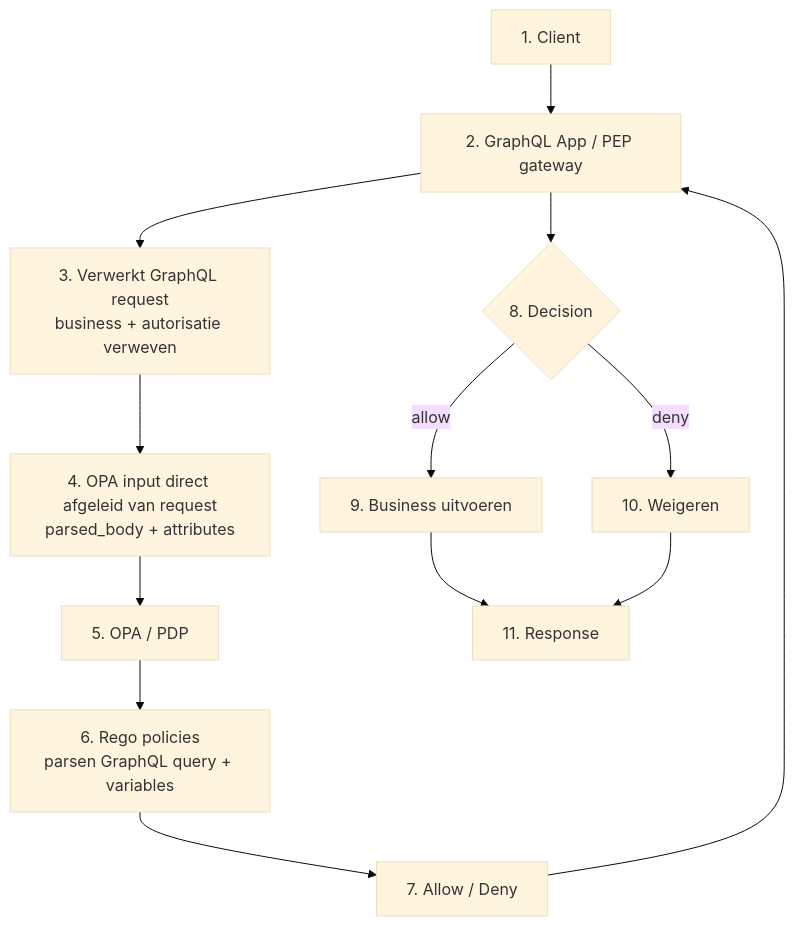
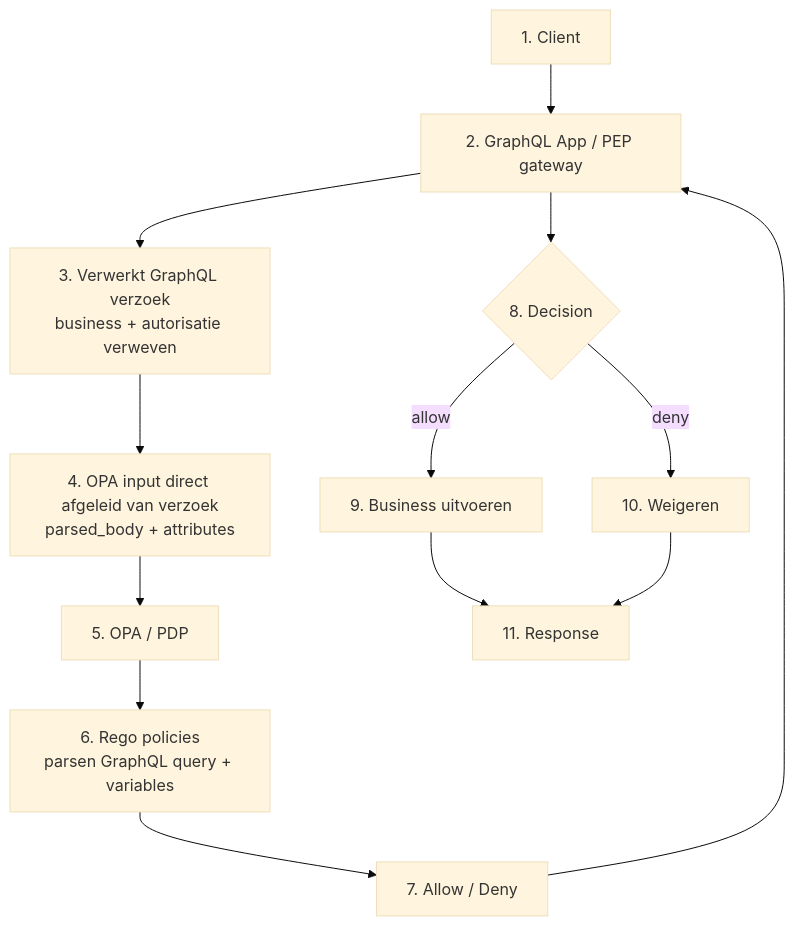
The second of 4 diagrams in RFC/RFC0052 - Autorisatie standaardisatie.md (iStandaarden/iWlz-RequestForComment), drawn with Mermaid (base theme) before and after one commit. The commit also changed other lines of this file, not shown here.

````diff
--- a/RFC/RFC0052 - Autorisatie standaardisatie.md
+++ b/RFC/RFC0052 - Autorisatie standaardisatie.md
@@ -100,21 +100,21 @@
 ```mermaid
 flowchart TD
     A[1. Client] --> B[2. GraphQL App / PEP gateway]
 
-    B --> C[3. Verwerkt GraphQL request<br/>business + autorisatie verweven]
+    B --> C[3. Verwerkt GraphQL verzoek<br/>business + autorisatie verweven]
 
-    C --> D[4. OPA input direct afgeleid van request<br/>parsed_body + attributes]
+    C --> D[4. OPA input direct afgeleid van verzoek<br/>parsed_body + attributes]
 
     D --> E[5. OPA / PDP]
     E --> F[6. Rego policies<br/>parsen GraphQL query + variables]
 
     F --> G[7. Allow / Deny]
 
     G --> B
     B --> H{8. Decision}
     H -->|allow| I[9. Business uitvoeren]
     H -->|deny| J[10. Weigeren]
 
     I --> K[11. Response]
     J --> K
 ```
````
